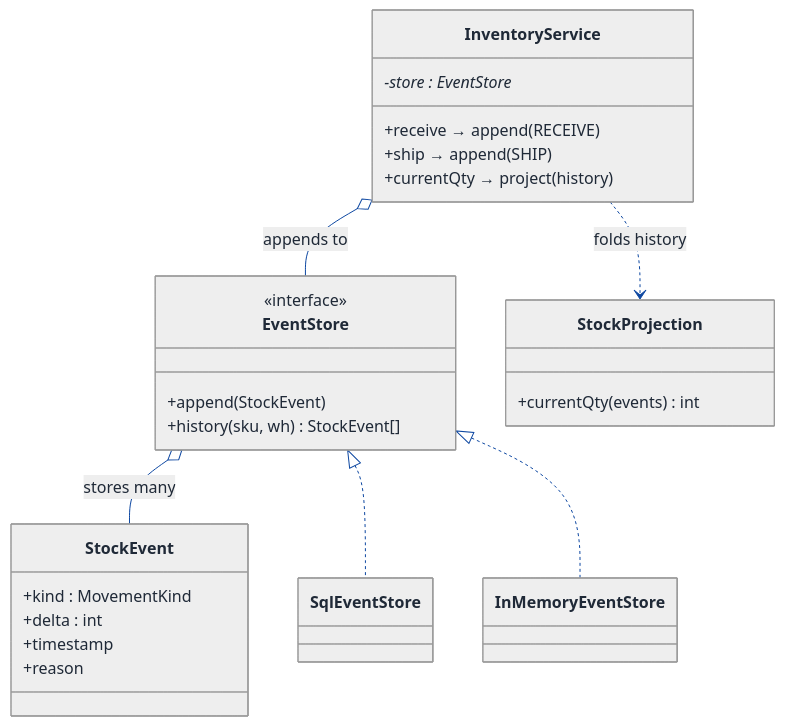
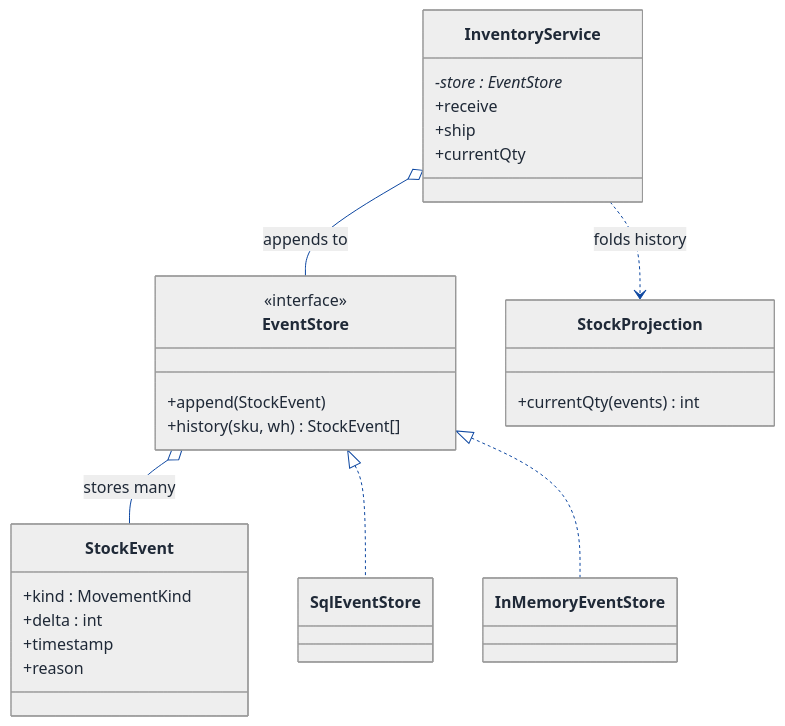
The fourth of 8 diagrams in LLD/Topics/Observer_Pattern/Inventory_Management.md (Prateek-5/question-bank), drawn with Mermaid before and after one commit. The commit also changed 61 other files, not shown here.

First line of the commit message:
Fix invalid mermaid classDiagram member syntax across LLD walkthroughs

````diff
--- a/LLD/Topics/Observer_Pattern/Inventory_Management.md
+++ b/LLD/Topics/Observer_Pattern/Inventory_Management.md
@@ -635,63 +635,63 @@
 ```mermaid
 ---
 config:
   theme: neutral
   themeVariables:
     background: '#ffffff'
     primaryColor: '#cfe2ff'
     primaryTextColor: '#1f2937'
     primaryBorderColor: '#084298'
     secondaryColor: '#fff3cd'
     secondaryTextColor: '#1f2937'
     secondaryBorderColor: '#664d03'
     tertiaryColor: '#d1e7dd'
     tertiaryTextColor: '#1f2937'
     tertiaryBorderColor: '#0a3622'
     lineColor: '#0d47a1'
     textColor: '#1f2937'
     noteBkgColor: '#fff3cd'
     noteTextColor: '#1f2937'
     noteBorderColor: '#997404'
     actorBkg: '#cfe2ff'
     actorBorder: '#084298'
     actorTextColor: '#1f2937'
     signalColor: '#0d47a1'
     signalTextColor: '#1f2937'
     labelBoxBkgColor: '#ffffff'
     labelBoxBorderColor: '#d3d3d3'
     labelTextColor: '#1f2937'
     edgeLabelBackground: '#ffffff'
     labelBackground: '#ffffff'
     classText: '#1f2937'
     fontFamily: 'system-ui, -apple-system, Segoe UI, Helvetica, Arial, sans-serif'
 ---
 classDiagram
   direction TB
   class InventoryService {
     -store : EventStore*
-    +receive → append(RECEIVE)
-    +ship → append(SHIP)
-    +currentQty → project(history)
+    +receive
+    +ship
+    +currentQty
   }
   class EventStore {
     <<interface>>
     +append(StockEvent)
     +history(sku, wh) StockEvent[]
   }
   class StockEvent {
     +kind : MovementKind
     +delta : int
     +timestamp
     +reason
   }
   class StockProjection {
     +currentQty(events) int
   }
   class SqlEventStore
   class InMemoryEventStore
   InventoryService o-- EventStore : appends to
   EventStore o-- StockEvent : stores many
   InventoryService ..> StockProjection : folds history
   EventStore <|.. SqlEventStore
   EventStore <|.. InMemoryEventStore
 ```
````
